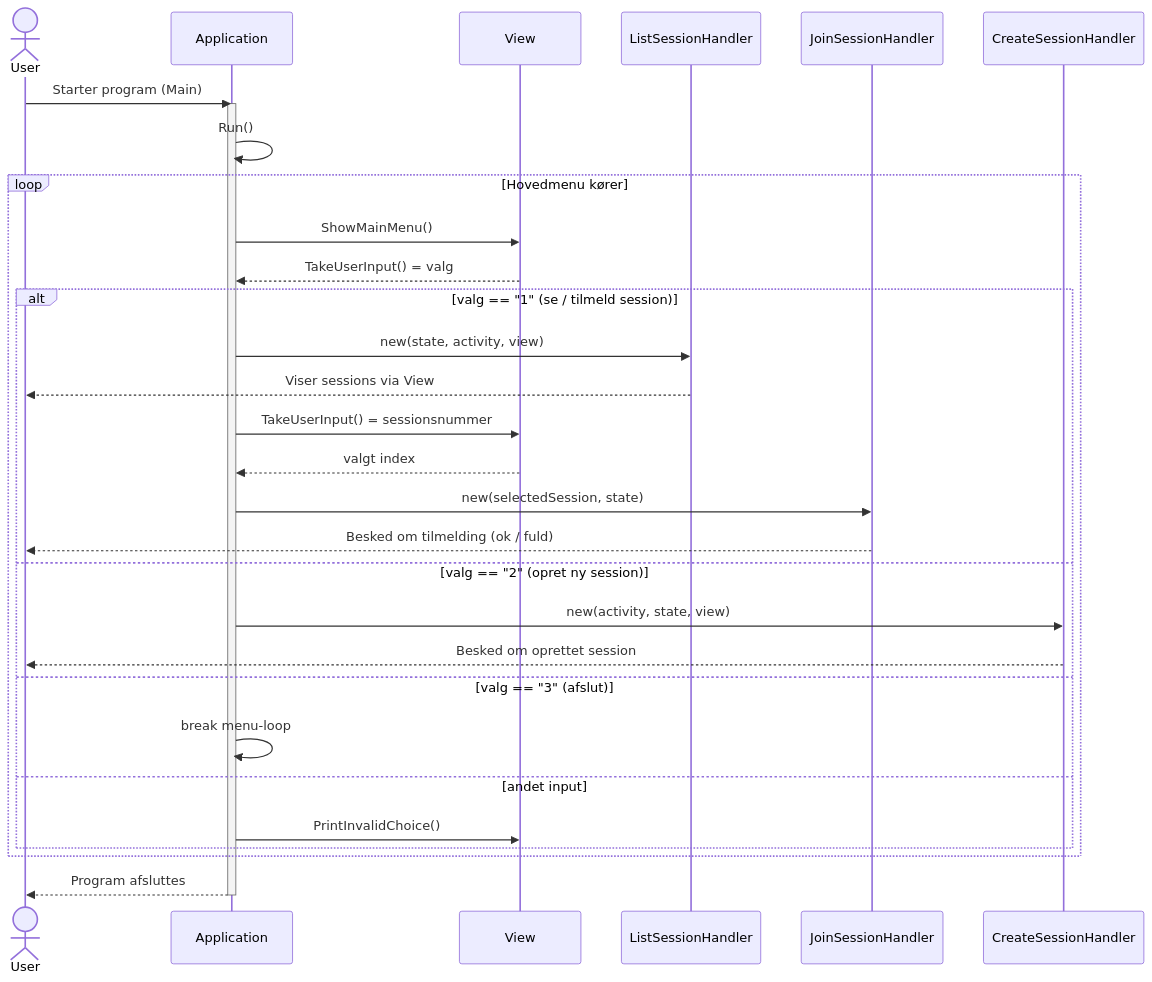
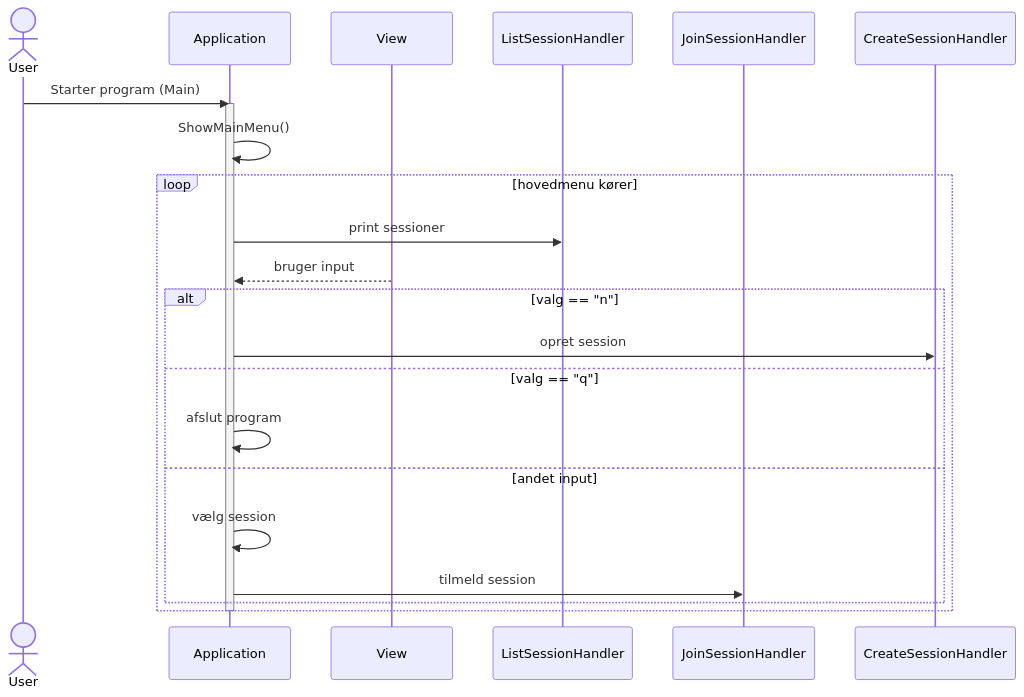
One commit to MatiasHeiberg/1.semesterprojekt changed the second of 2 diagrams in 02 notes/Udkast til opdaterede sekvensdiagrammer usecase 3.md. Above: the diagram before and after it, drawn with Mermaid. The commit also changed other lines of this file and 4 other files, not shown here.

````diff
--- a/02 notes/Udkast til opdaterede sekvensdiagrammer usecase 3.md
+++ b/02 notes/Udkast til opdaterede sekvensdiagrammer usecase 3.md
@@ -71,44 +46,33 @@
 ```mermaid
 sequenceDiagram
     actor User
     participant Application
     participant View
     participant ListSessionHandler
     participant JoinSessionHandler
     participant CreateSessionHandler
 
     User->>Application: Starter program (Main)
     activate Application
 
-    Application->>Application: Run()
+	Application->>Application: ShowMainMenu()
 
-    loop Hovedmenu kører
-        Application->>View: ShowMainMenu()
-        View-->>Application: TakeUserInput() = valg
+    loop hovedmenu kører
+        Application->>ListSessionHandler: print sessioner
+        View-->>Application: bruger input
+			
+        alt valg == "n"
+            Application->>CreateSessionHandler: opret session
 
-        alt valg == "1" (se / tilmeld session)
-            Application->>ListSessionHandler: new(state, activity, view)
-            ListSessionHandler-->>User: Viser sessions via View
-
-            Application->>View: TakeUserInput() = sessionsnummer
-            View-->>Application: valgt index
-
-            Application->>JoinSessionHandler: new(selectedSession, state)
-            JoinSessionHandler-->>User: Besked om tilmelding (ok / fuld)
-        
-        else valg == "2" (opret ny session)
-            Application->>CreateSessionHandler: new(activity, state, view)
-            CreateSessionHandler-->>User: Besked om oprettet session
-
-        else valg == "3" (afslut)
-            Application->>Application: break menu-loop
-
+        else valg == "q"
+            Application->>Application: afslut program
         else andet input
-            Application->>View: PrintInvalidChoice()
+			Application->>Application: vælg session
+			Application->>JoinSessionHandler: tilmeld session
+            
         end
     end
 
-    Application-->>User: Program afsluttes
     deactivate Application
 
 ```
````
